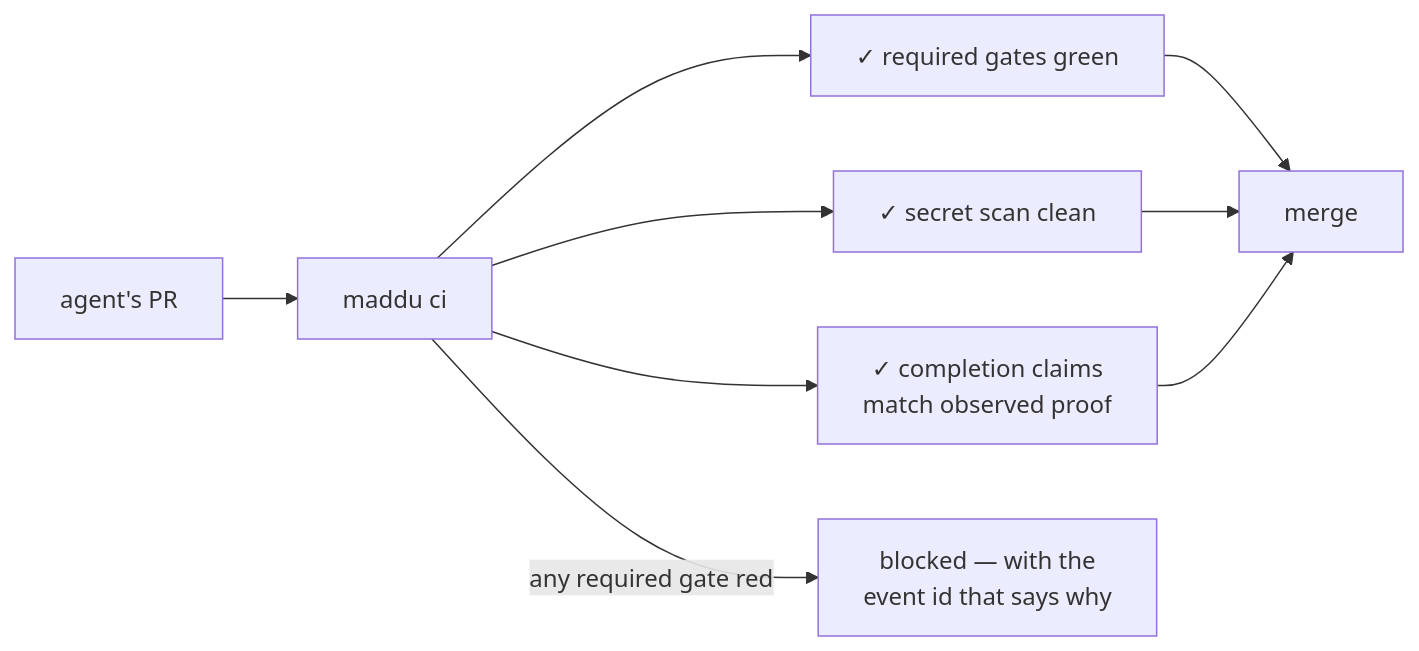
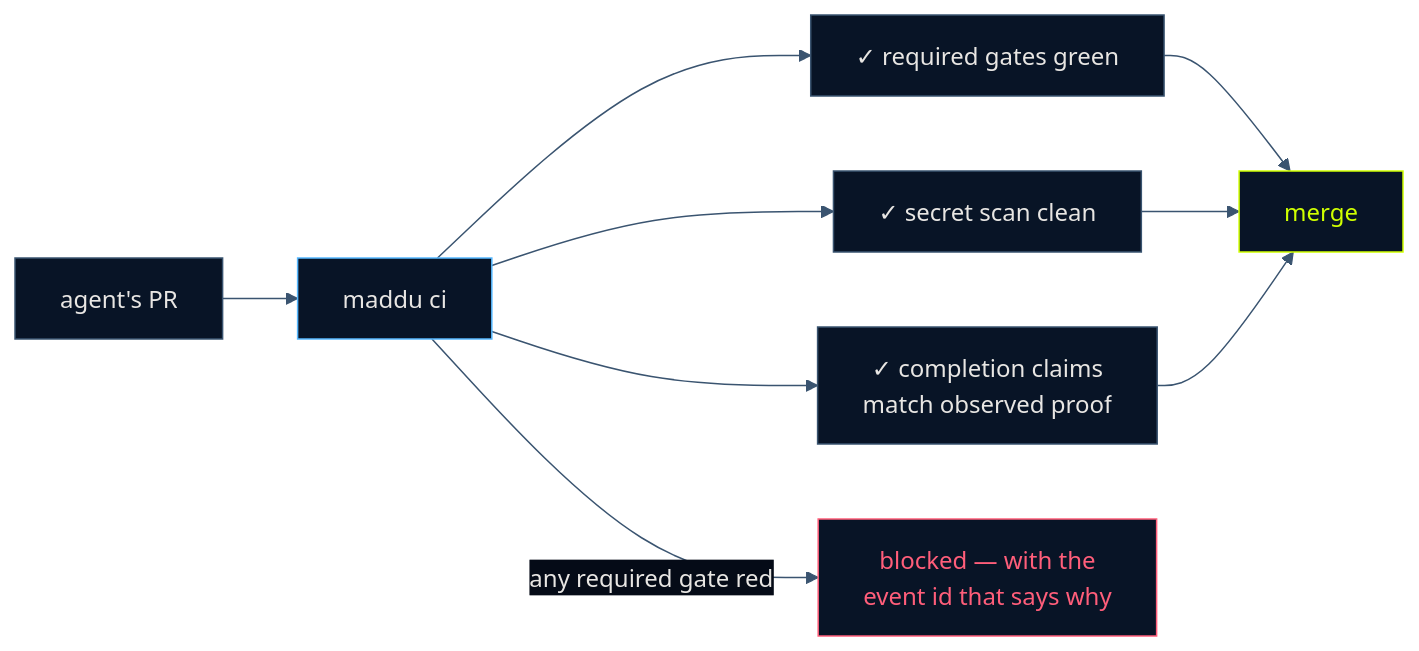
Before and after one commit to frdyx/maddu: the fifth of 6 diagrams in README.md, drawn with Mermaid. The commit also changed other lines of this file, not shown here.

First line of the commit message:
docs(readme): navy-noir brand tokens on the use-case diagrams

````diff
--- a/README.md
+++ b/README.md
@@ -246,9 +270,16 @@
 ```mermaid
+%%{init: {"theme":"base","themeVariables":{"fontFamily":"IBM Plex Sans, Segoe UI, sans-serif","mainBkg":"#081426","nodeBorder":"#3A5470","lineColor":"#3A5470","textColor":"#E8E6E3","primaryTextColor":"#E8E6E3","edgeLabelBackground":"#050B17"}}}%%
 flowchart LR
     PR["agent's PR"] --> CI["maddu ci"]
     CI --> G1["✓ required gates green"]
     CI --> G2["✓ secret scan clean"]
     CI --> G3["✓ completion claims<br/>match observed proof"]
     G1 & G2 & G3 --> OK["merge"]
     CI -->|"any required gate red"| NO["blocked — with the<br/>event id that says why"]
+    classDef spine fill:#081426,stroke:#56B8FF,color:#E8E6E3
+    classDef good fill:#081426,stroke:#D0FF00,color:#D0FF00
+    classDef bad fill:#081426,stroke:#FF5E7A,color:#FF5E7A
+    class CI spine
+    class OK good
+    class NO bad
 ```
````
